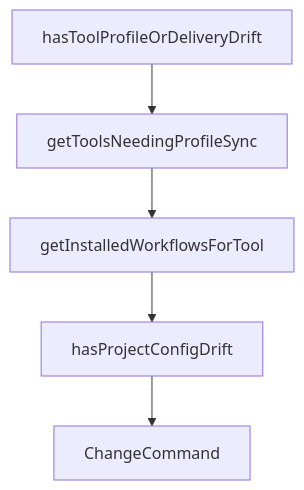
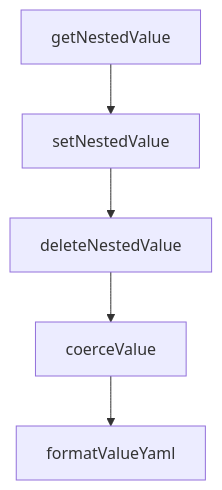
One commit to johnxie/awesome-code-docs changed the diagram in tutorials/openspec-tutorial/08-migration-governance-and-team-adoption.md. Above: the diagram before and after it, drawn with Mermaid. The commit also changed other lines of this file and 1232 other files, not shown here.

````diff
--- a/tutorials/openspec-tutorial/08-migration-governance-and-team-adoption.md
+++ b/tutorials/openspec-tutorial/08-migration-governance-and-team-adoption.md
@@ -222,12 +226,12 @@
 ```mermaid
 flowchart TD
-    A[hasToolProfileOrDeliveryDrift]
-    B[getToolsNeedingProfileSync]
-    C[getInstalledWorkflowsForTool]
-    D[hasProjectConfigDrift]
-    E[ChangeCommand]
+    A[getNestedValue]
+    B[setNestedValue]
+    C[deleteNestedValue]
+    D[coerceValue]
+    E[formatValueYaml]
     A --> B
     B --> C
     C --> D
     D --> E
 ```
````
